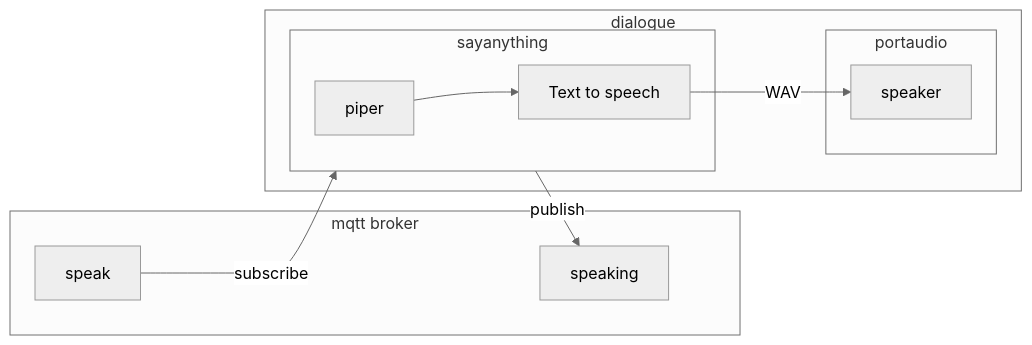
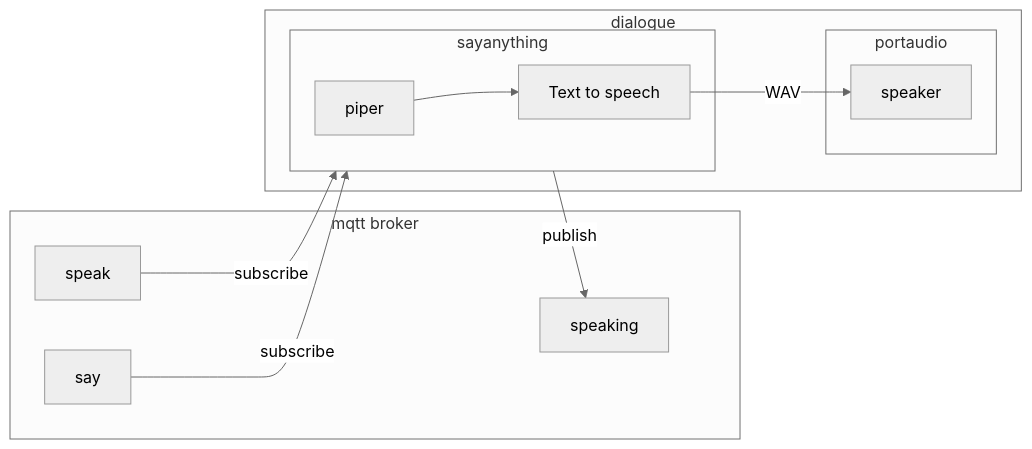
Before and after one commit to deadprogram/talkingheads: the fifth of 6 diagrams in README.md, drawn with Mermaid (neutral theme). The commit also changed other lines of this file and 11 other files, not shown here.

````diff
--- a/README.md
+++ b/README.md
@@ -115,17 +118,19 @@
 ```mermaid
 flowchart LR
 subgraph mqtt broker
     speak
+    say
     speaking
 end
 subgraph dialogue
     speak-- subscribe -->sayanything
+    say-- subscribe -->sayanything
     subgraph sayanything
         piper-->tts[Text to speech]
     end
     subgraph portaudio
         tts-- WAV -->speaker
     end
     sayanything-- publish -->speaking
 end
 ```
````
